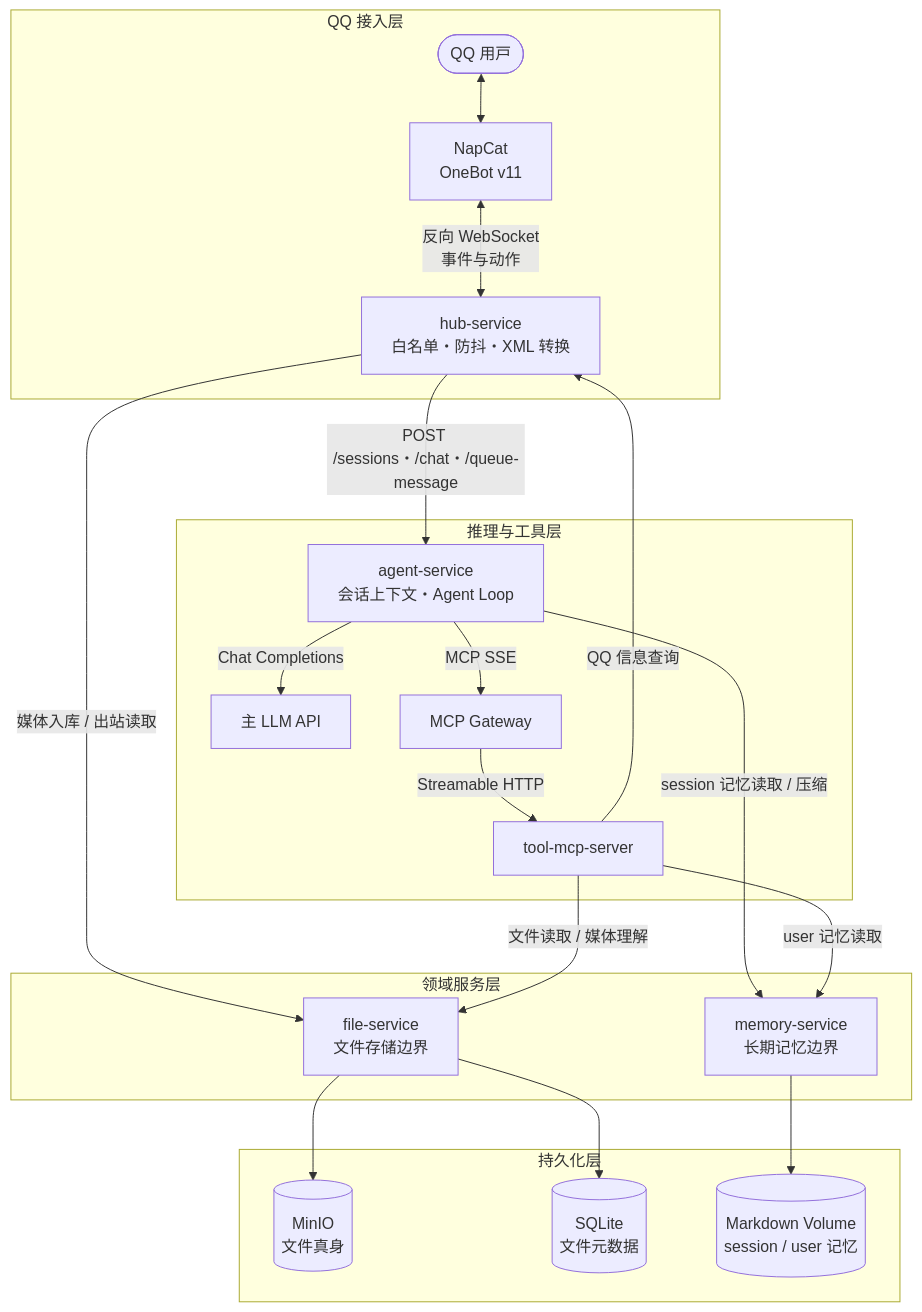
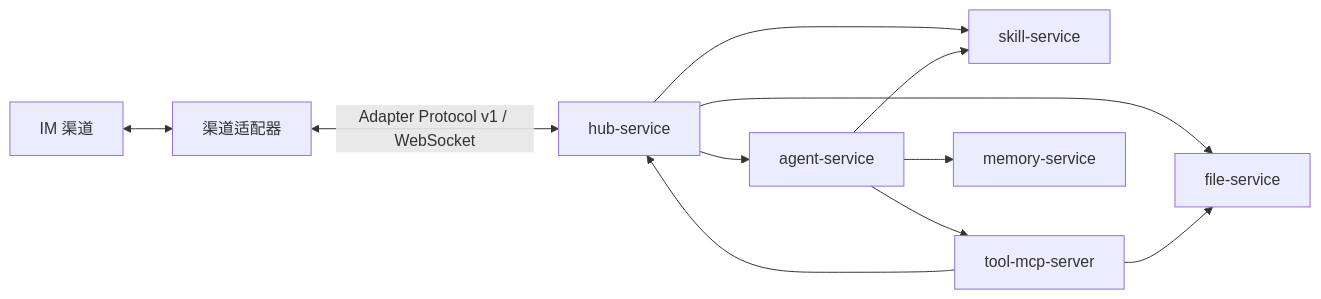
Before and after one commit to tamakara/AIChan: the diagram in docs/aichan.md, drawn with Mermaid. The commit also changed other lines of this file and 116 other files, not shown here.

````diff
--- a/docs/aichan.md
+++ b/docs/aichan.md
@@ -11,35 +7,13 @@
 ```mermaid
-flowchart TB
-    subgraph access[QQ 接入层]
-        user([QQ 用户]) <--> napcat[NapCat<br/>OneBot v11]
-        napcat <-->|反向 WebSocket<br/>事件与动作| hub[hub-service<br/>白名单・防抖・XML 转换]
-    end
-
-    subgraph reasoning[推理与工具层]
-        hub -->|POST /sessions・/chat・/queue-message| agent[agent-service<br/>会话上下文・Agent Loop]
-        agent -->|Chat Completions| llm[主 LLM API]
-        agent -->|MCP SSE| gateway[MCP Gateway]
-        gateway -->|Streamable HTTP| tools[tool-mcp-server]
-    end
-
-    subgraph domain[领域服务层]
-        files[file-service<br/>文件存储边界]
-        memory[memory-service<br/>长期记忆边界]
-    end
-
-    hub -->|媒体入库 / 出站读取| files
-    agent -->|session 记忆读取 / 压缩| memory
-    tools -->|QQ 信息查询| hub
-    tools -->|文件读取 / 媒体理解| files
-    tools -->|user 记忆读取| memory
-
-    subgraph persistence[持久化层]
-        minio[(MinIO<br/>文件真身)]
-        sqlite[(SQLite<br/>文件元数据)]
-        markdown[(Markdown Volume<br/>session / user 记忆)]
-    end
-
-    files --> minio
-    files --> sqlite
-    memory --> markdown
+flowchart LR
+    IM[IM 渠道] <--> adapter[渠道适配器]
+    adapter <-->|Adapter Protocol v1 / WebSocket| hub[hub-service]
+    hub --> agent[agent-service]
+    hub --> files[file-service]
+    hub --> skills[skill-service]
+    agent --> skills
+    agent --> mcp[tool-mcp-server]
+    mcp --> hub
+    mcp --> files
+    agent --> memory[memory-service]
 ```
````
